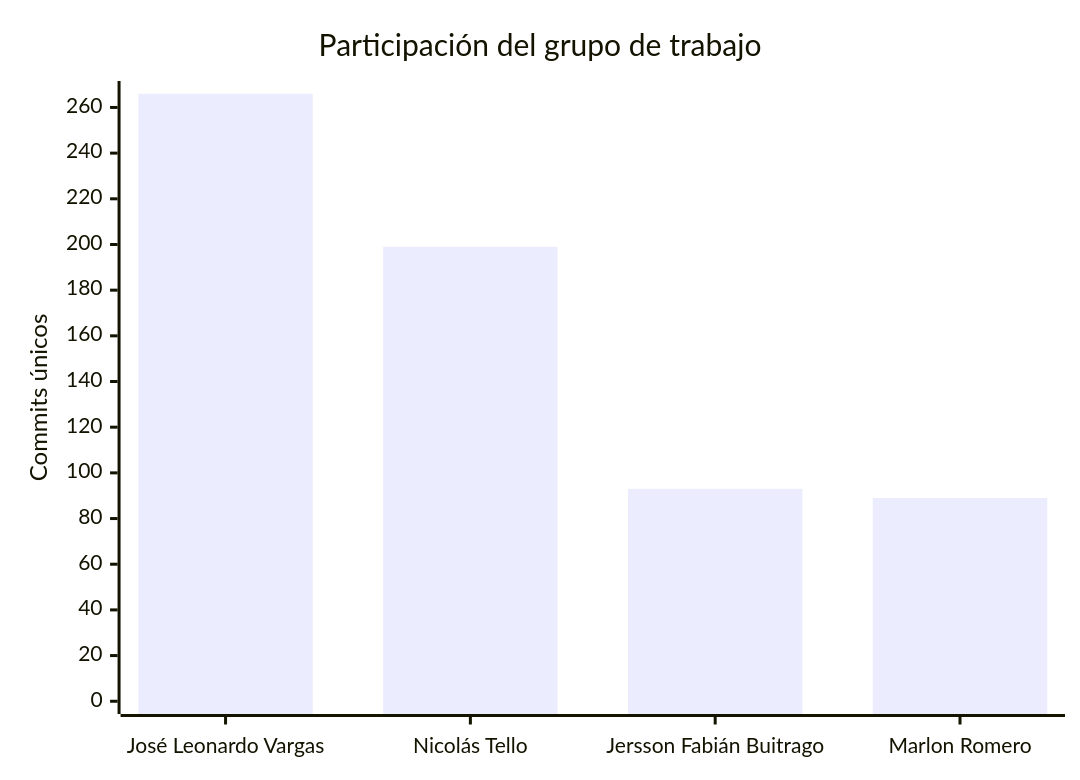
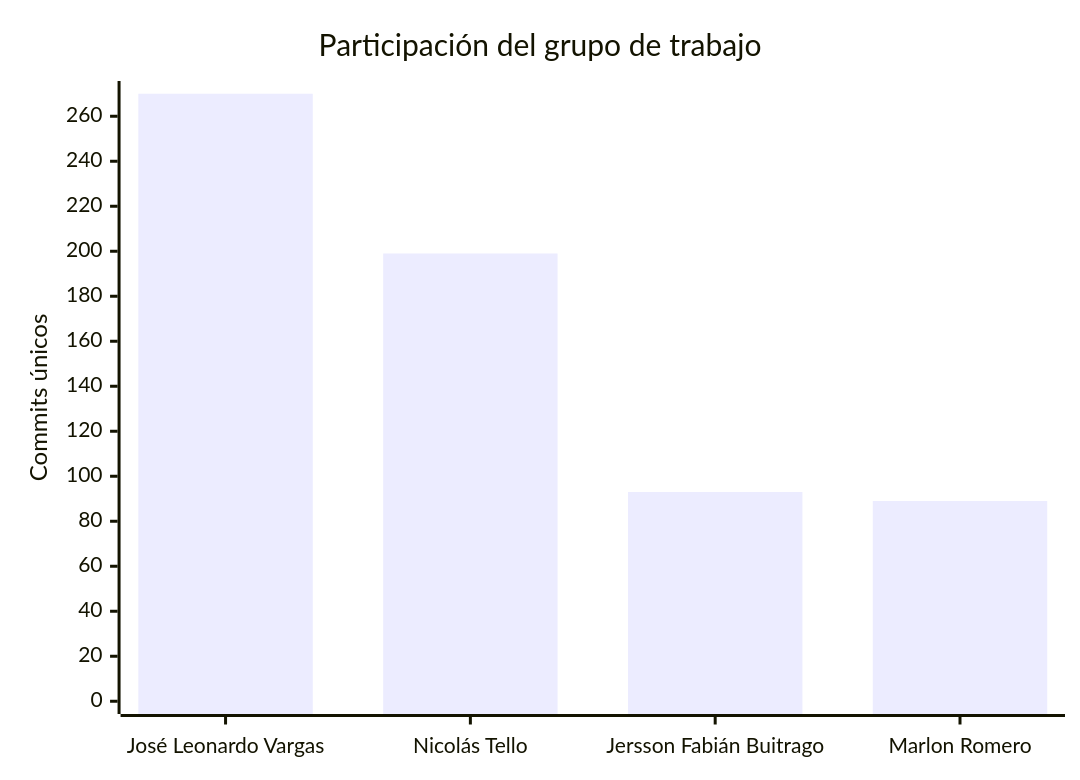
Before and after one commit to FarmaExpres/FarmaExpres: the second of 2 diagrams in README.md, drawn with Mermaid. The commit also changed other lines of this file and 1 other file, not shown here.

````diff
--- a/README.md
+++ b/README.md
@@ -401,7 +401,7 @@
 ```mermaid
 xychart-beta
     title "Participación del grupo de trabajo"
     x-axis ["José Leonardo Vargas", "Nicolás Tello", "Jersson Fabián Buitrago", "Marlon Romero"]
-    y-axis "Commits únicos" 0 --> 266
-    bar [266, 199, 93, 89]
+    y-axis "Commits únicos" 0 --> 270
+    bar [270, 199, 93, 89]
 ```
````
